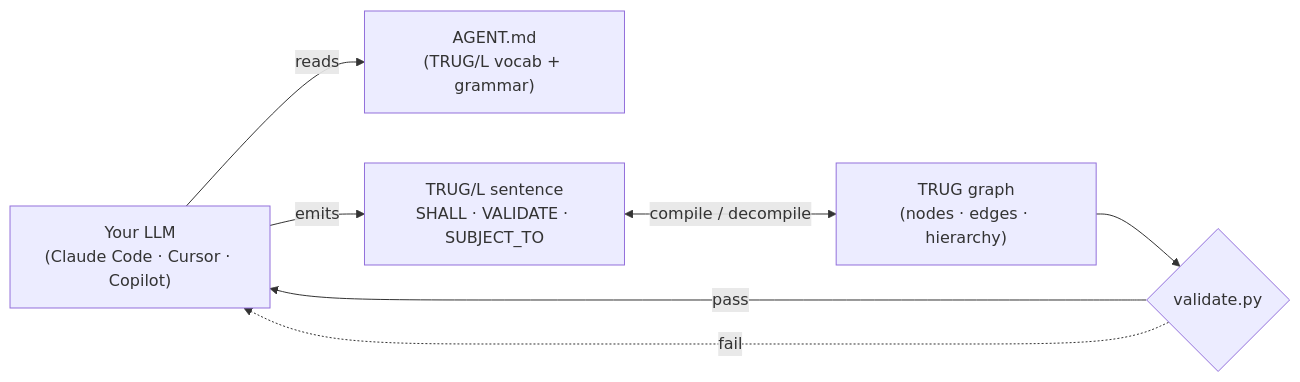
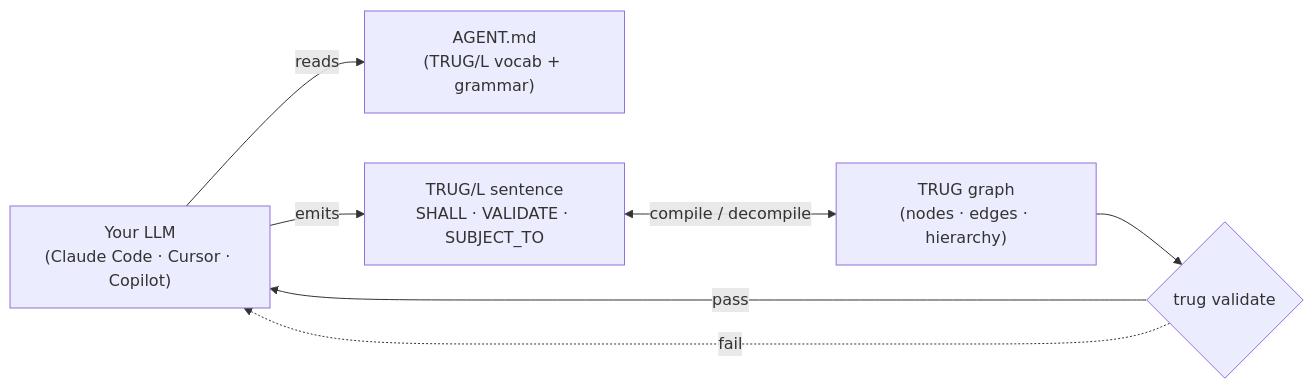
One commit to TRUGS-LLC/TRUGS-AGENT changed the diagram in README.md. Above: the diagram before and after it, drawn with Mermaid. The commit also changed other lines of this file and 10 other files, not shown here.

````diff
--- a/README.md
+++ b/README.md
@@ -66,14 +66,14 @@
 ```mermaid
 flowchart LR
     L["Your LLM<br/>(Claude Code · Cursor · Copilot)"]
     A["AGENT.md<br/>(TRUG/L vocab + grammar)"]
     S["TRUG/L sentence<br/>SHALL · VALIDATE · SUBJECT_TO"]
     G["TRUG graph<br/>(nodes · edges · hierarchy)"]
-    V{"validate.py"}
+    V{"trug validate"}
     L -->|reads| A
     L -->|emits| S
     S <-->|compile / decompile| G
     G --> V
     V -->|pass| L
     V -.fail.-> L
 ```
````
